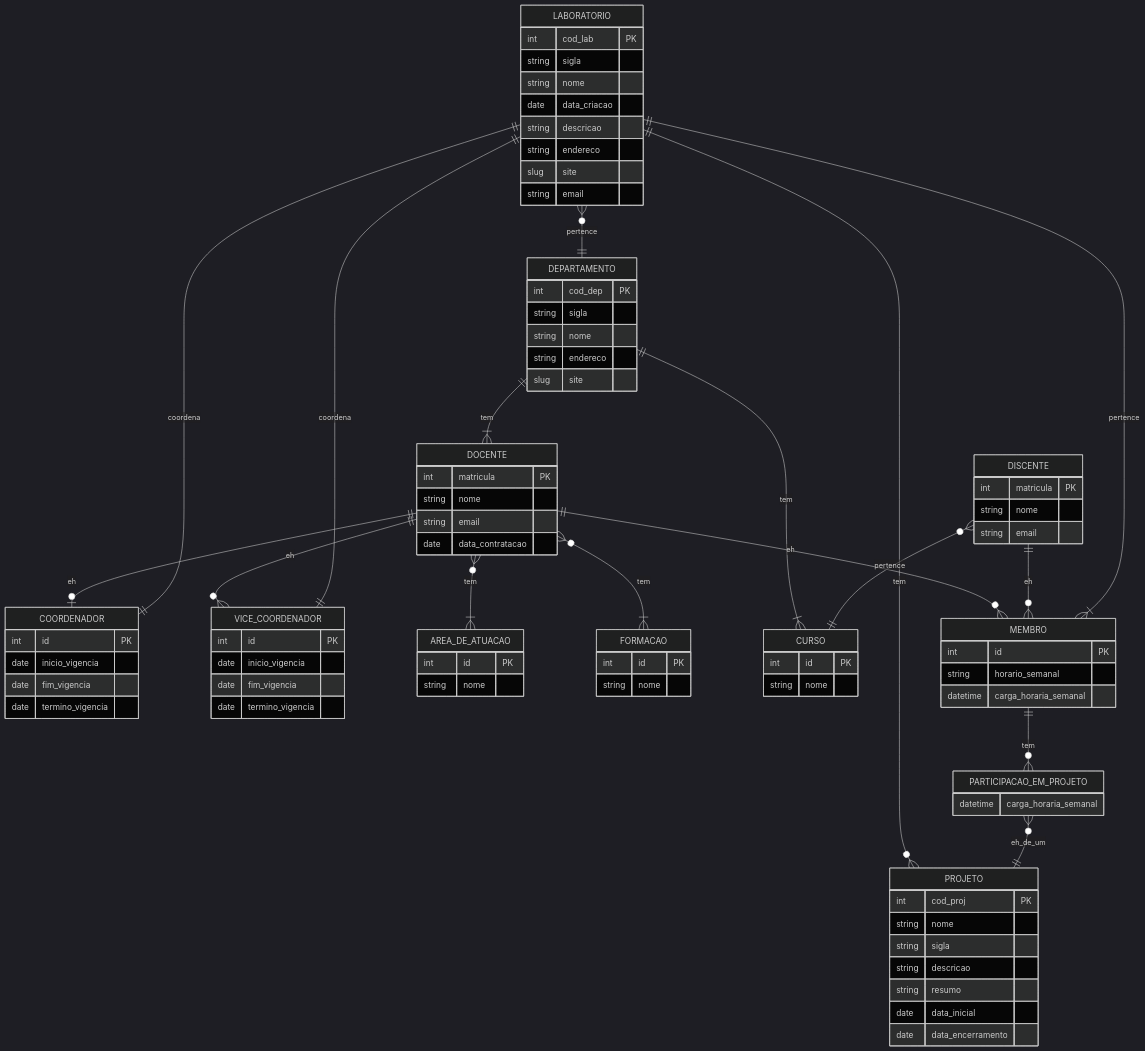
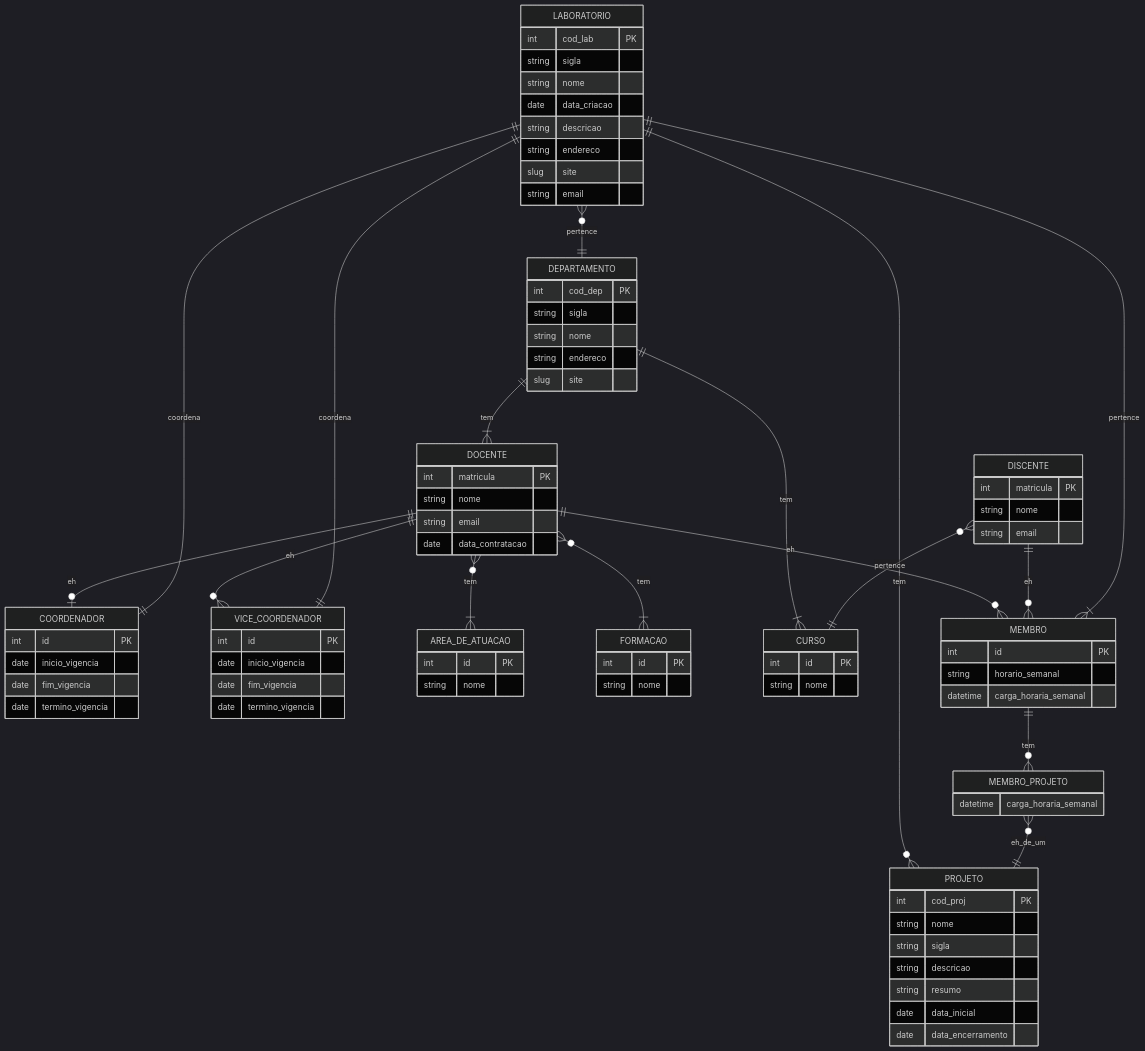
The diagram in database/20231/tarefas/mts-lucas/tarefa02.md (tacianosilva/bsi-tasks), drawn with Mermaid (dark theme) before and after one commit. The commit also changed other lines of this file, not shown here.

```diff
--- a/database/20231/tarefas/mts-lucas/tarefa02.md
+++ b/database/20231/tarefas/mts-lucas/tarefa02.md
@@ -156,7 +158,7 @@
         date data_encerramento
     }
 
-    PARTICIPACAO_EM_PROJETO {
+    MEMBRO_PROJETO {
 
         datetime carga_horaria_semanal
     }
@@ -182,8 +184,8 @@
 
     LABORATORIO ||--o{ PROJETO : tem
     LABORATORIO }o--|| DEPARTAMENTO : pertence
-    MEMBRO ||--o{ PARTICIPACAO_EM_PROJETO : tem
-    PARTICIPACAO_EM_PROJETO }o--|| PROJETO : eh_de_um
+    MEMBRO ||--o{ MEMBRO_PROJETO : tem
+    MEMBRO_PROJETO }o--|| PROJETO : eh_de_um
 
 
 
```
